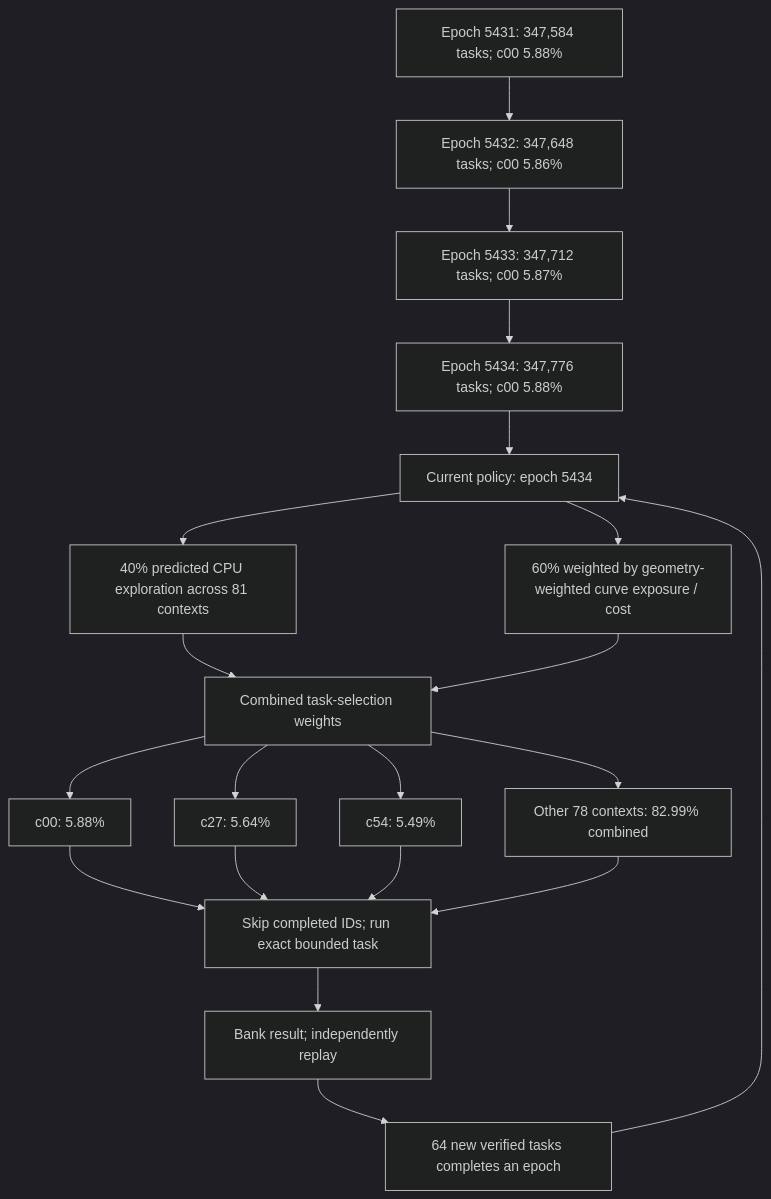
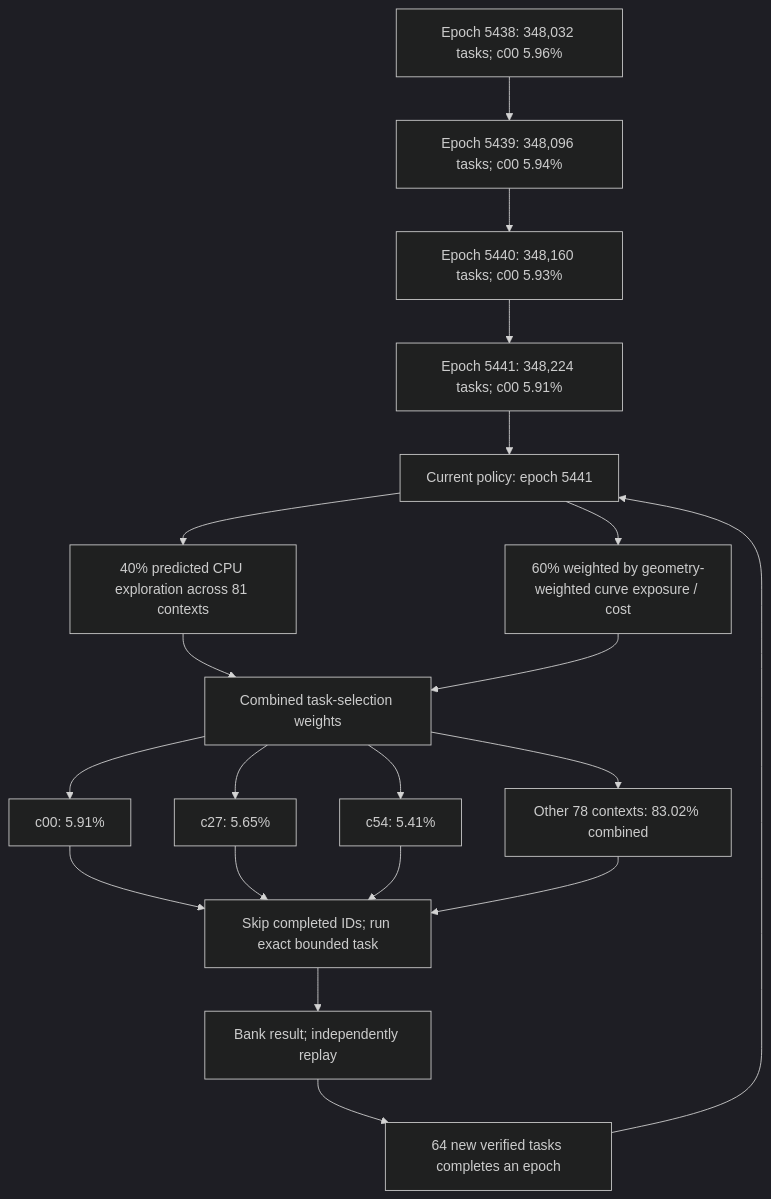
Before and after one commit to Kuberwastaken/math-gambling: the first of 3 diagrams in README.md, drawn with Mermaid (dark theme). The commit also changed other lines of this file and 1137 other files, not shown here.

````diff
--- a/README.md
+++ b/README.md
@@ -60,27 +60,27 @@
 ```mermaid
 flowchart TD
-    H0["Epoch 5431: 347,584 tasks; c00 5.88%"]
-    H1["Epoch 5432: 347,648 tasks; c00 5.86%"]
+    H0["Epoch 5438: 348,032 tasks; c00 5.96%"]
+    H1["Epoch 5439: 348,096 tasks; c00 5.94%"]
     H0 --> H1
-    H2["Epoch 5433: 347,712 tasks; c00 5.87%"]
+    H2["Epoch 5440: 348,160 tasks; c00 5.93%"]
     H1 --> H2
-    H3["Epoch 5434: 347,776 tasks; c00 5.88%"]
+    H3["Epoch 5441: 348,224 tasks; c00 5.91%"]
     H2 --> H3
-    Policy["Current policy: epoch 5434"]
+    Policy["Current policy: epoch 5441"]
     H3 --> Policy
     Policy --> Explore["40% predicted CPU exploration across 81 contexts"]
     Policy --> Cost["60% weighted by geometry-weighted curve exposure / cost"]
     Explore --> Mix["Combined task-selection weights"]
     Cost --> Mix
-    Mix --> C0["c00: 5.88%"]
-    Mix --> C1["c27: 5.64%"]
-    Mix --> C2["c54: 5.49%"]
-    Mix --> Rest["Other 78 contexts: 82.99% combined"]
+    Mix --> C0["c00: 5.91%"]
+    Mix --> C1["c27: 5.65%"]
+    Mix --> C2["c54: 5.41%"]
+    Mix --> Rest["Other 78 contexts: 83.02% combined"]
     C0 --> Check["Skip completed IDs; run exact bounded task"]
     C1 --> Check
     C2 --> Check
     Rest --> Check
     Check --> Replay["Bank result; independently replay"]
     Replay --> Gate["64 new verified tasks completes an epoch"]
     Gate --> Policy
 ```
````
